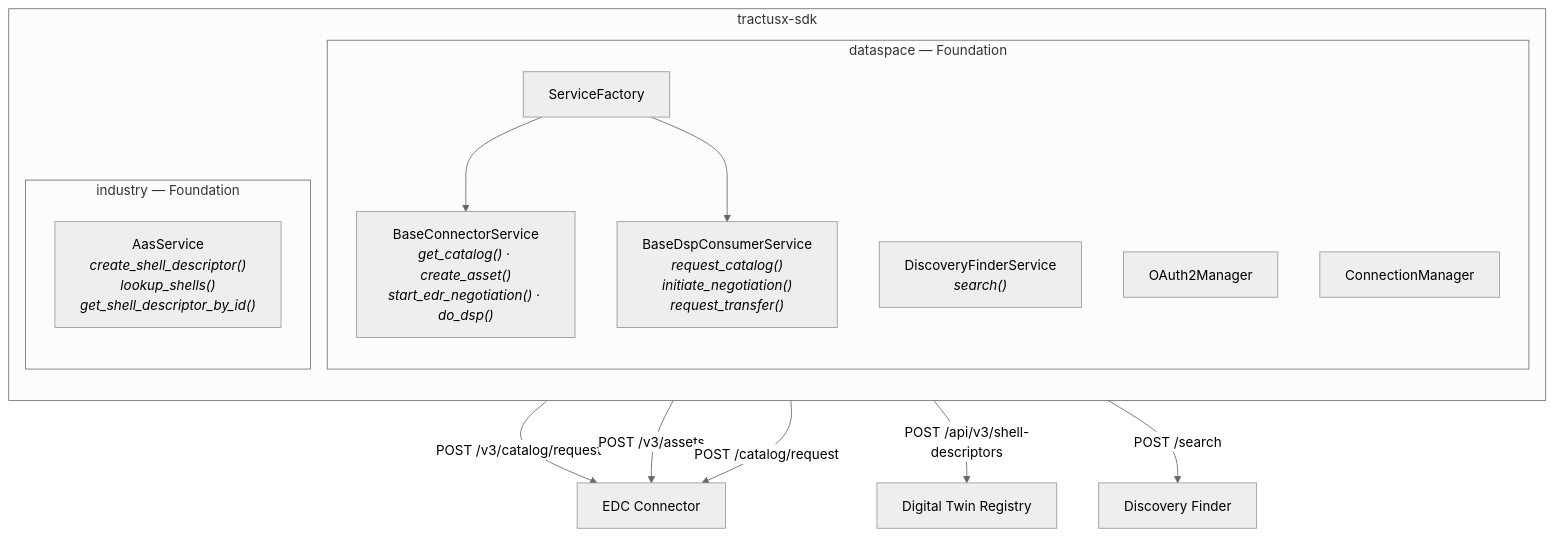
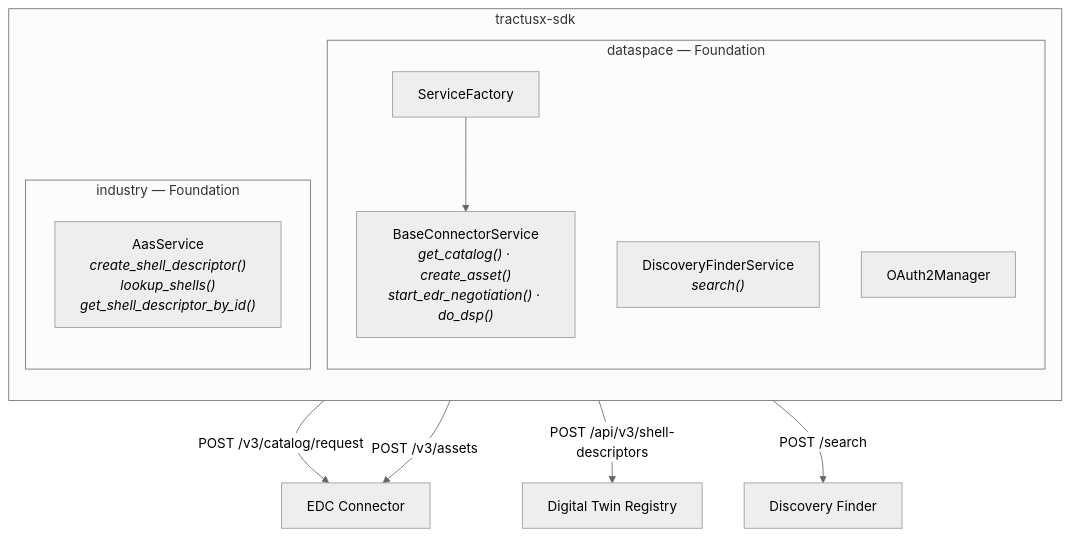
One commit to eclipse-tractusx/tractusx-testlab changed the third of 5 diagrams in docs/developer/block-lifecycle.md. Above: the diagram before and after it, drawn with Mermaid (neutral theme). The commit also changed other lines of this file and 103 other files, not shown here.

````diff
--- a/docs/developer/block-lifecycle.md
+++ b/docs/developer/block-lifecycle.md
@@ -326,25 +291,21 @@
 ```mermaid
 flowchart TD
     subgraph SDK["tractusx-sdk"]
         direction TB
         subgraph DS["dataspace — Foundation"]
             SF["ServiceFactory"]
             BCS["BaseConnectorService<br/><i>get_catalog() · create_asset()<br/>start_edr_negotiation() · do_dsp()</i>"]
-            DSP["BaseDspConsumerService<br/><i>request_catalog()<br/>initiate_negotiation()<br/>request_transfer()</i>"]
             DISC["DiscoveryFinderService<br/><i>search()</i>"]
             AUTH["OAuth2Manager"]
-            CONN["ConnectionManager"]
             SF --> BCS
-            SF --> DSP
         end
         subgraph IND["industry — Foundation"]
             AAS["AasService<br/><i>create_shell_descriptor()<br/>lookup_shells()<br/>get_shell_descriptor_by_id()</i>"]
         end
     end
 
     BCS -->|"POST /v3/catalog/request"| EDC["EDC Connector"]
     BCS -->|"POST /v3/assets"| EDC
-    DSP -->|"POST /catalog/request"| EDC
     AAS -->|"POST /api/v3/shell-descriptors"| DTR["Digital Twin Registry"]
     DISC -->|"POST /search"| DFIN["Discovery Finder"]
 ```
````
